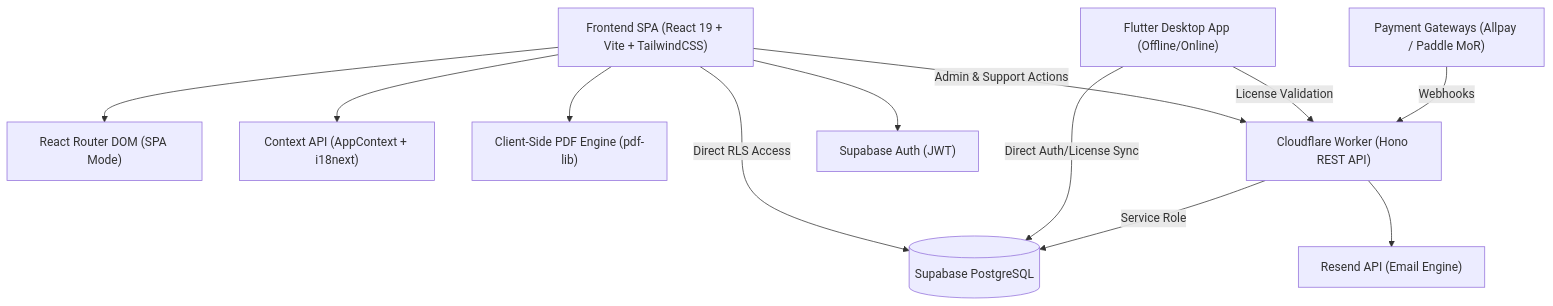
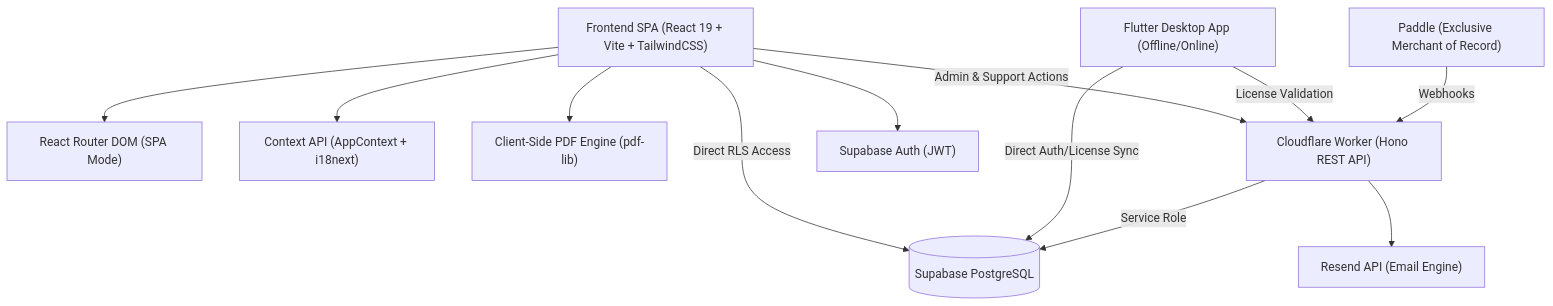
The first of 2 diagrams in docs/architecture.md (emitera/kdp-book-assembler), drawn with Mermaid before and after one commit. The commit also changed other lines of this file and 7 other files, not shown here.

Commit message:
docs: Add Desktop EULA/Privacy/Refund drafts and update architecture/desktop_bridge specifications

````diff
--- a/docs/architecture.md
+++ b/docs/architecture.md
@@ -9,28 +9,28 @@
 ```mermaid
 graph TD
     Client["Frontend SPA (React 19 + Vite + TailwindCSS)"]
     Router["React Router DOM (SPA Mode)"]
     State["Context API (AppContext + i18next)"]
     PDFGen["Client-Side PDF Engine (pdf-lib)"]
     
     CFWorker["Cloudflare Worker (Hono REST API)"]
     SupabaseAuth["Supabase Auth (JWT)"]
     SupabaseDB[("Supabase PostgreSQL")]
     Resend["Resend API (Email Engine)"]
-    Gateways["Payment Gateways (Allpay / Paddle MoR)"]
+    Paddle["Paddle (Exclusive Merchant of Record)"]
     DesktopApp["Flutter Desktop App (Offline/Online)"]
     
     Client --> Router
     Client --> State
     Client --> PDFGen
     Client --> SupabaseAuth
     Client -->|Direct RLS Access| SupabaseDB
     Client -->|Admin & Support Actions| CFWorker
     
     DesktopApp -->|License Validation| CFWorker
     DesktopApp -->|Direct Auth/License Sync| SupabaseDB
 
     CFWorker -->|Service Role| SupabaseDB
     CFWorker --> Resend
-    Gateways -->|Webhooks| CFWorker
+    Paddle -->|Webhooks| CFWorker
 ```
````
